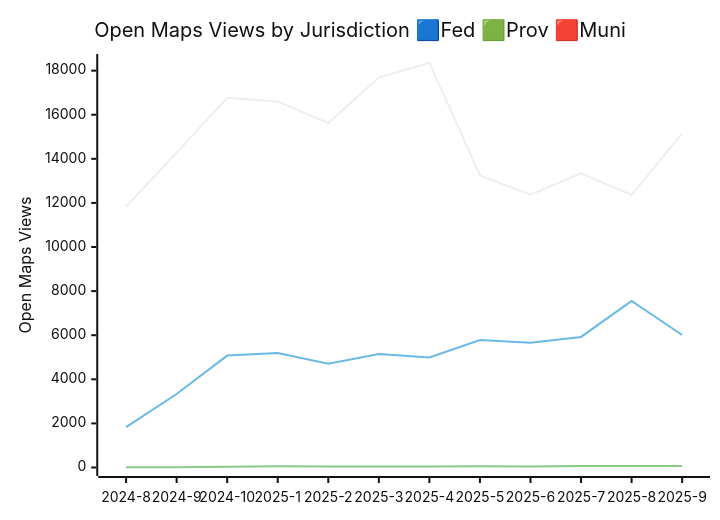
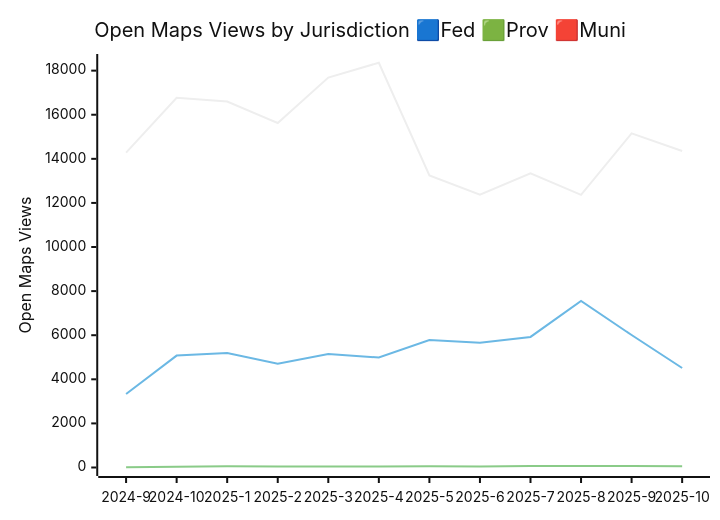
One commit to PatLittle/analytics-corporate-reporting changed the third of 3 diagrams in JURISDICTION_ANALYTICS_REPORT/readme.md. Above: the diagram before and after it, drawn with Mermaid (neutral theme). The commit also changed other lines of this file and 3 other files, not shown here.

````diff
--- a/JURISDICTION_ANALYTICS_REPORT/readme.md
+++ b/JURISDICTION_ANALYTICS_REPORT/readme.md
@@ -40,10 +42,10 @@
 ```mermaid
 
 xychart-beta
     title "Open Maps Views by Jurisdiction 🟦Fed 🟩Prov 🟥Muni"
-    x-axis [2024-8, 2024-9, 2024-10, 2025-1, 2025-2, 2025-3, 2025-4, 2025-5, 2025-6, 2025-7, 2025-8, 2025-9]
+    x-axis [2024-9, 2024-10, 2025-1, 2025-2, 2025-3, 2025-4, 2025-5, 2025-6, 2025-7, 2025-8, 2025-9, 2025-10]
     y-axis "Open Maps Views" 0 --> 18369
-    line [11826, 14281, 16769, 16596, 15623, 17687, 18359, 13250, 12379, 13343, 12366, 15153]
-    line [1830, 3333, 5076, 5196, 4702, 5150, 4987, 5778, 5663, 5922, 7554, 6009]
-    line [17, 14, 36, 52, 45, 47, 42, 52, 51, 71, 72, 68]
+    line [14281, 16769, 16596, 15623, 17687, 18359, 13250, 12379, 13343, 12366, 15153, 14356]
+    line [3333, 5076, 5196, 4702, 5150, 4987, 5778, 5663, 5922, 7554, 6009, 4513]
+    line [14, 36, 52, 45, 47, 42, 52, 51, 71, 72, 68, 55]
 ```
````
